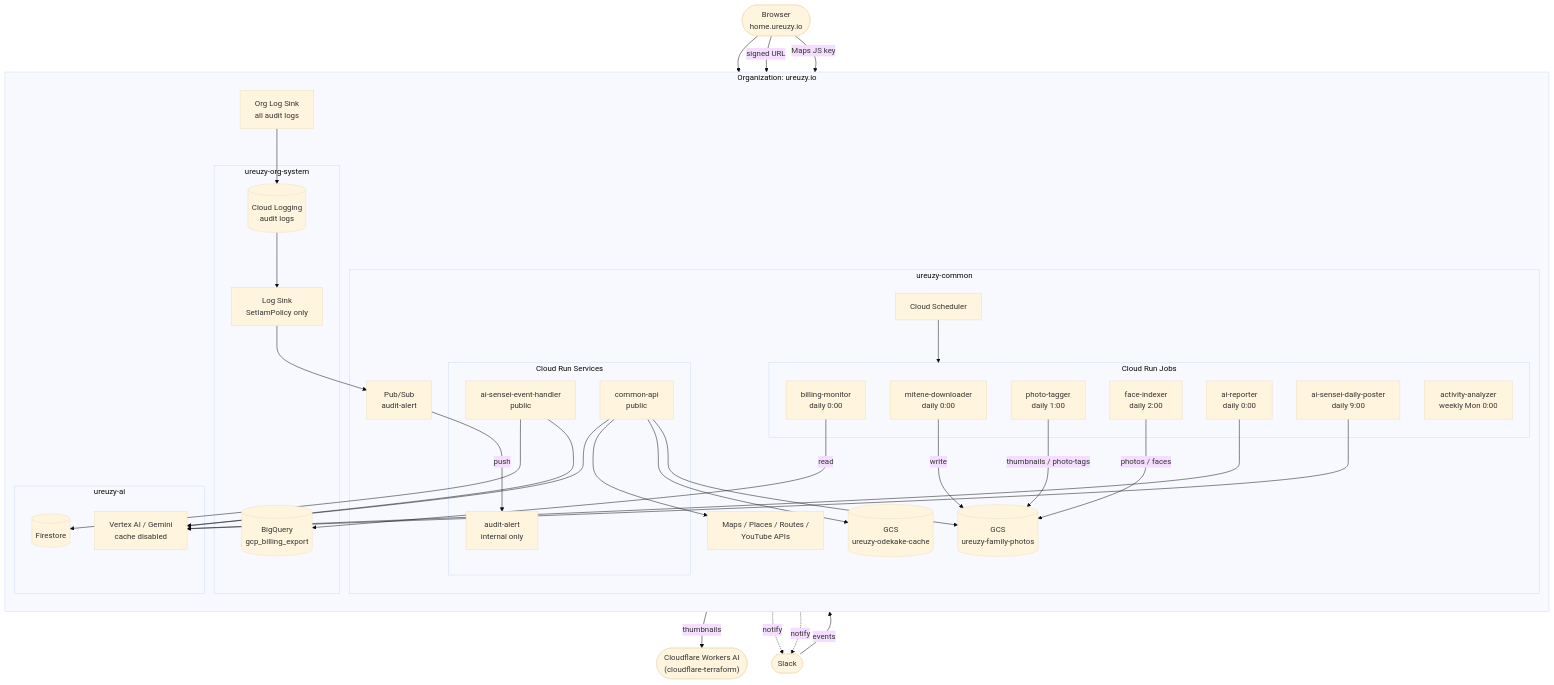
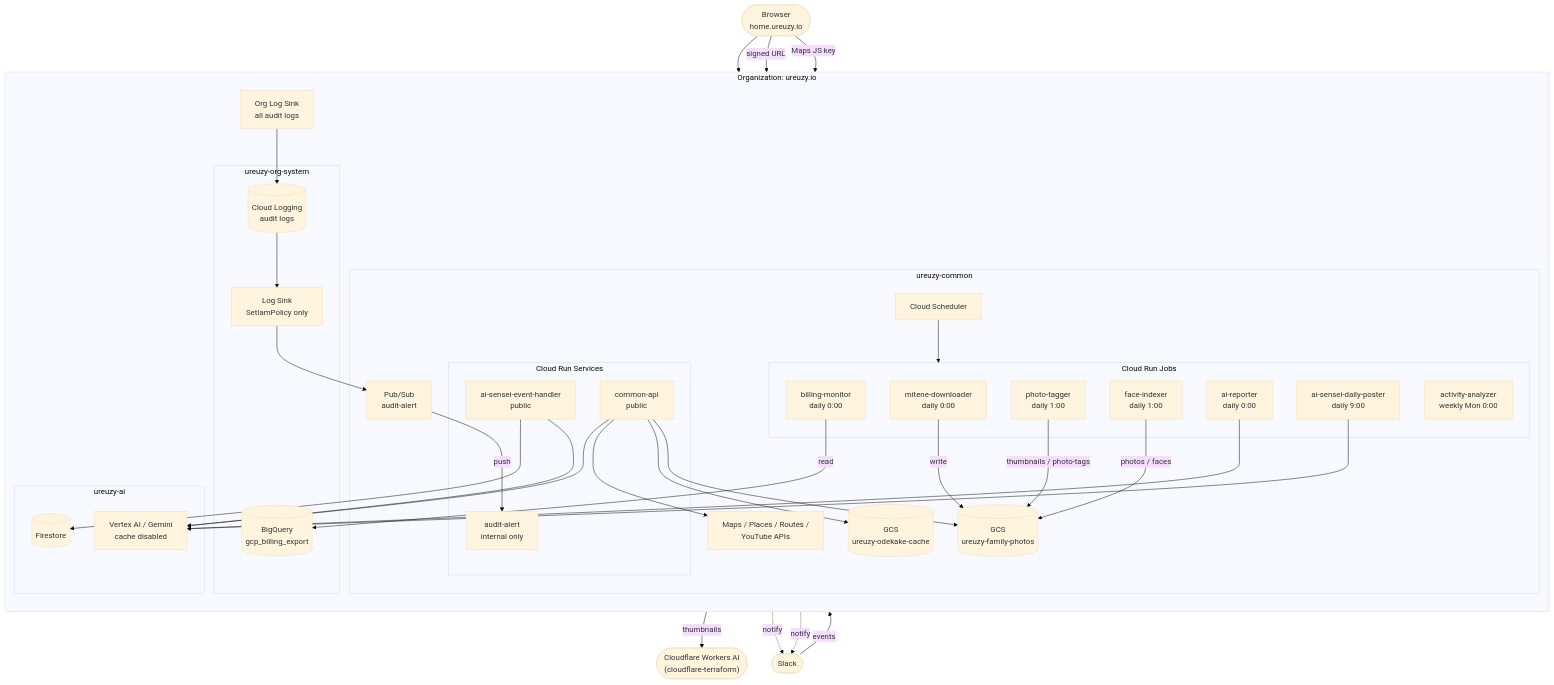
One commit to ureuzy/google-cloud-terraform changed the first of 2 diagrams in common/README.md. Above: the diagram before and after it, drawn with Mermaid (base theme). The commit also changed other lines of this file and 1 other file, not shown here.

Commit message:
fix(common): run face-indexer at 1:00 with photo-tagger

````diff
--- a/common/README.md
+++ b/common/README.md
@@ -45,62 +45,62 @@
 ```mermaid
 flowchart TB
   user(["Browser<br/>home.ureuzy.io"])
   cfai(["Cloudflare Workers AI<br/>(cloudflare-terraform)"])
   slack(["Slack"])
 
   subgraph org["Organization: ureuzy.io"]
     direction TB
     orgsink["Org Log Sink<br/>all audit logs"]
 
     subgraph sys["ureuzy-org-system"]
       logs[("Cloud Logging<br/>audit logs")]
       iamsink["Log Sink<br/>SetIamPolicy only"]
       bq[("BigQuery<br/>gcp_billing_export")]
     end
 
     subgraph common["ureuzy-common"]
       sched["Cloud Scheduler"]
       pubsub["Pub/Sub<br/>audit-alert"]
       subgraph jobs["Cloud Run Jobs"]
         mitene["mitene-downloader<br/>daily 0:00"]
         billing["billing-monitor<br/>daily 0:00"]
         tagger["photo-tagger<br/>daily 1:00"]
-        faces["face-indexer<br/>daily 2:00"]
+        faces["face-indexer<br/>daily 1:00"]
         activity["activity-analyzer<br/>weekly Mon 0:00"]
         reporter["ai-reporter<br/>daily 0:00"]
         poster["ai-sensei-daily-poster<br/>daily 9:00"]
       end
       subgraph svcs["Cloud Run Services"]
         audit["audit-alert<br/>internal only"]
         api["common-api<br/>public"]
         handler["ai-sensei-event-handler<br/>public"]
       end
       photos[("GCS<br/>ureuzy-family-photos")]
       cache[("GCS<br/>ureuzy-odekake-cache")]
       gapis["Maps / Places / Routes /<br/>YouTube APIs"]
     end
 
     subgraph ai["ureuzy-ai"]
       vertex["Vertex AI / Gemini<br/>cache disabled"]
       fs[("Firestore")]
     end
   end
 
   orgsink --> logs --> iamsink --> pubsub -->|push| audit
   sched --> jobs
 
   billing -->|read| bq
   mitene -->|write| photos
   tagger -->|thumbnails / photo-tags| photos
   tagger -->|thumbnails| cfai
   faces -->|photos / faces| photos
   reporter & poster --> vertex
   handler --> vertex & fs
   api --> photos & cache & gapis & vertex
 
   user --> api
   user -->|signed URL| photos
   user -->|Maps JS key| gapis
   slack -->|events| handler
   jobs & audit -.->|notify| slack
 ```
````
